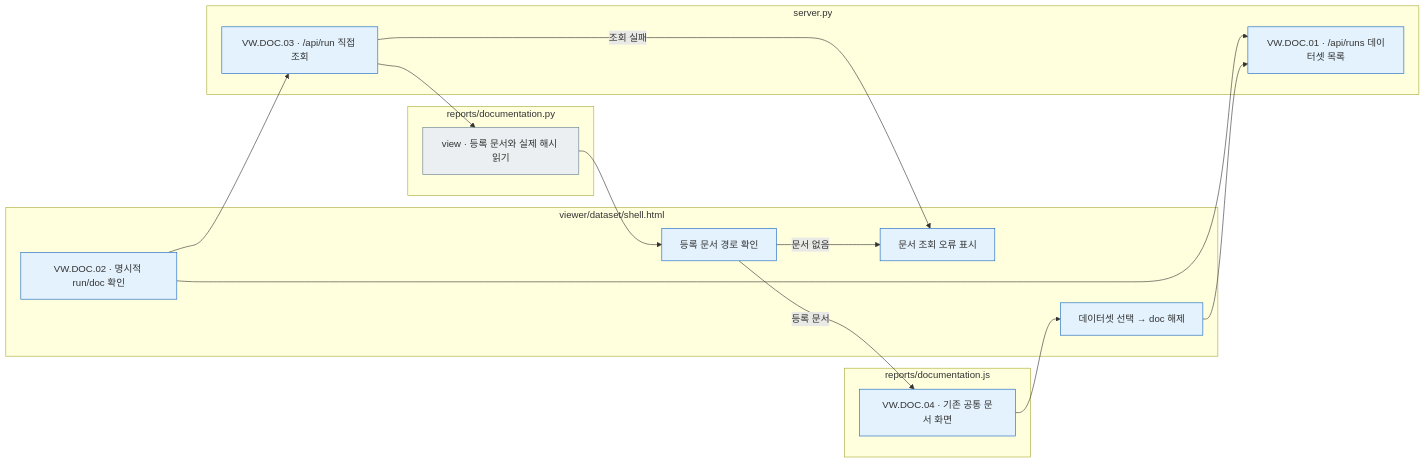
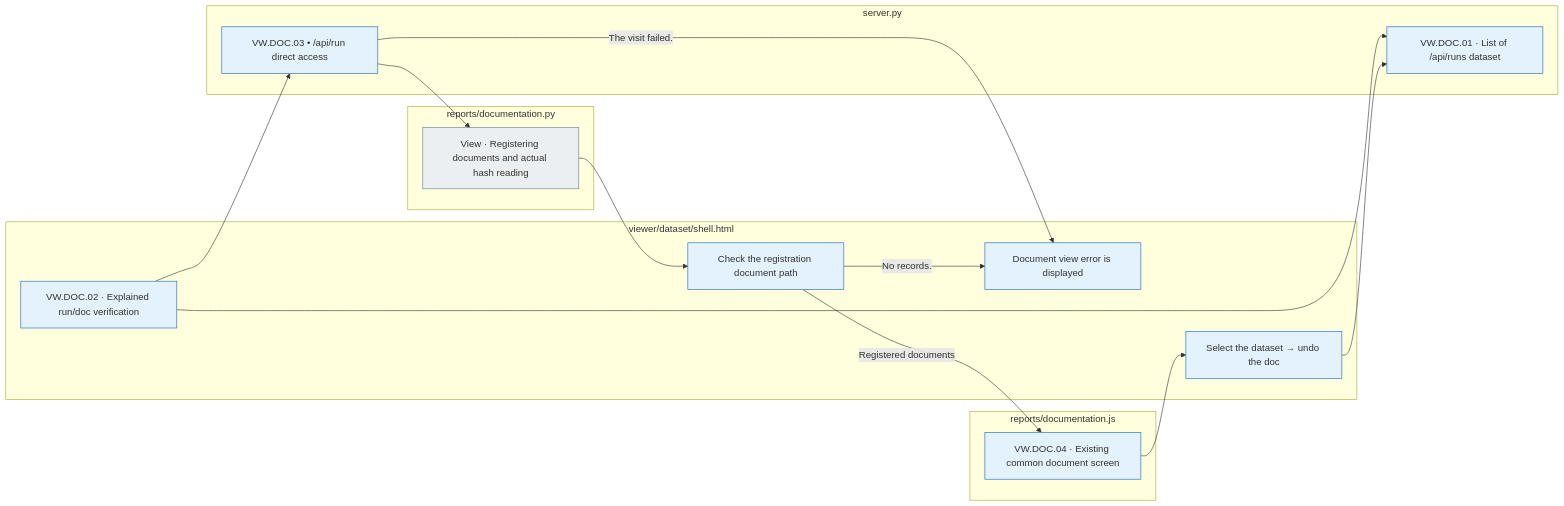
One commit to pnu-clink/finject changed the first of 5 diagrams in src/finarch/documentation/templates/source-layout/dataset-viewer.md. Above: the diagram before and after it, drawn with Mermaid. The commit also changed other lines of this file and 644 other files, not shown here.

````diff
--- a/src/finarch/documentation/templates/source-layout/dataset-viewer.md
+++ b/src/finarch/documentation/templates/source-layout/dataset-viewer.md
@@ -43,29 +43,29 @@
 ```mermaid
 flowchart LR
  subgraph shell["viewer/dataset/shell.html"]
-  Q["VW.DOC.02 · 명시적 run/doc 확인"]
-  V["등록 문서 경로 확인"]
-  X["문서 조회 오류 표시"]
-  R["데이터셋 선택 → doc 해제"]
+  Q["VW.DOC.02 · Explained run/doc verification"]
+  V["Check the registration document path"]
+  X["Document view error is displayed"]
+  R["Select the dataset → undo the doc"]
  end
  subgraph server["server.py"]
-  L["VW.DOC.01 · /api/runs 데이터셋 목록"]
-  B["VW.DOC.03 · /api/run 직접 조회"]
+  L["VW.DOC.01 · List of /api/runs dataset"]
+  B["VW.DOC.03 • /api/run direct access"]
  end
  subgraph reader["reports/documentation.py"]
-  D["view · 등록 문서와 실제 해시 읽기"]
+  D["View · Registering documents and actual hash reading"]
  end
  subgraph browser["reports/documentation.js"]
-  H["VW.DOC.04 · 기존 공통 문서 화면"]
+  H["VW.DOC.04 · Existing common document screen"]
  end
  Q --> L
  Q --> B --> D --> V
- V -->|등록 문서| H
- B -->|조회 실패| X
- V -->|문서 없음| X
+ V -->|Registered documents| H
+ B -->|The visit failed.| X
+ V -->|No records.| X
  H --> R --> L
  classDef file fill:#eceff1,stroke:#607d8b;
  classDef local fill:#e3f2fd,stroke:#1565c0;
  class D file;
  class Q,V,X,R,L,B,H local;
 ```
````
